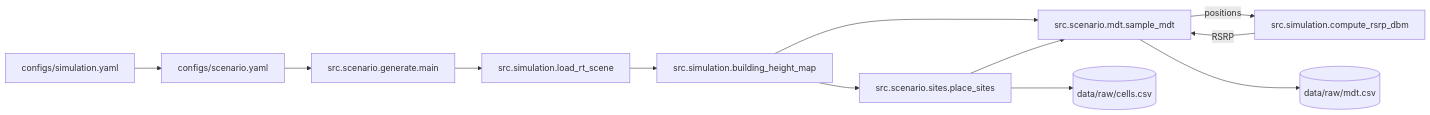
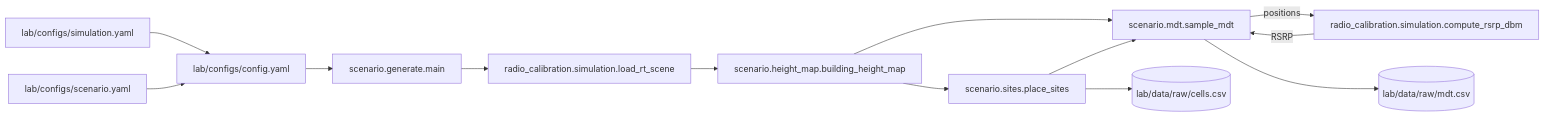
Before and after one commit to Wombat-Engineers/radio-calibration: the second of 5 diagrams in README.md, drawn with Mermaid. The commit also changed other lines of this file and 105 other files, not shown here.

````diff
--- a/README.md
+++ b/README.md
@@ -63,14 +97,15 @@
 ```mermaid
 flowchart LR
-    sim[configs/simulation.yaml] --> cfg[configs/scenario.yaml]
-    cfg --> gen[src.scenario.generate.main]
-    gen --> scene[src.simulation.load_rt_scene]
-    scene --> hm[src.simulation.building_height_map]
-    hm --> sites[src.scenario.sites.place_sites]
-    hm --> mdt[src.scenario.mdt.sample_mdt]
+    sim[lab/configs/simulation.yaml] --> cfg[lab/configs/config.yaml]
+    sc[lab/configs/scenario.yaml] --> cfg
+    cfg --> gen[scenario.generate.main]
+    gen --> scene[radio_calibration.simulation.load_rt_scene]
+    scene --> hm[scenario.height_map.building_height_map]
+    hm --> sites[scenario.sites.place_sites]
+    hm --> mdt[scenario.mdt.sample_mdt]
     sites --> mdt
-    mdt -- positions --> rsrp[src.simulation.compute_rsrp_dbm]
+    mdt -- positions --> rsrp[radio_calibration.simulation.compute_rsrp_dbm]
     rsrp -- RSRP --> mdt
-    sites --> cells[(data/raw/cells.csv)]
-    mdt --> out[(data/raw/mdt.csv)]
+    sites --> cells[(lab/data/raw/cells.csv)]
+    mdt --> out[(lab/data/raw/mdt.csv)]
 ```
````
